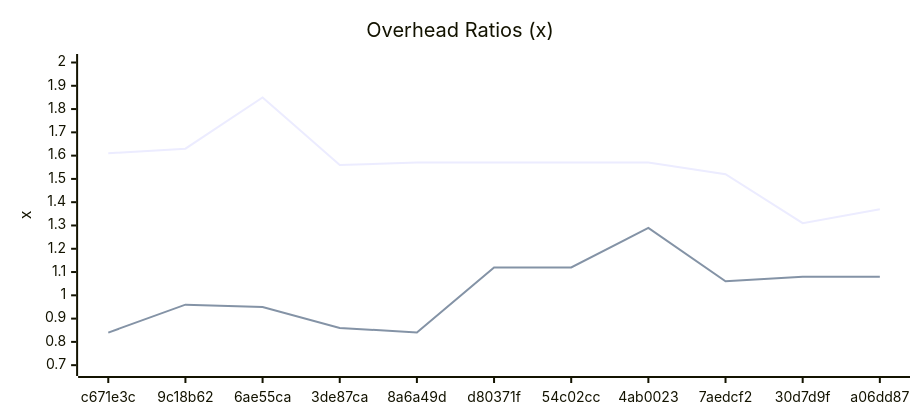
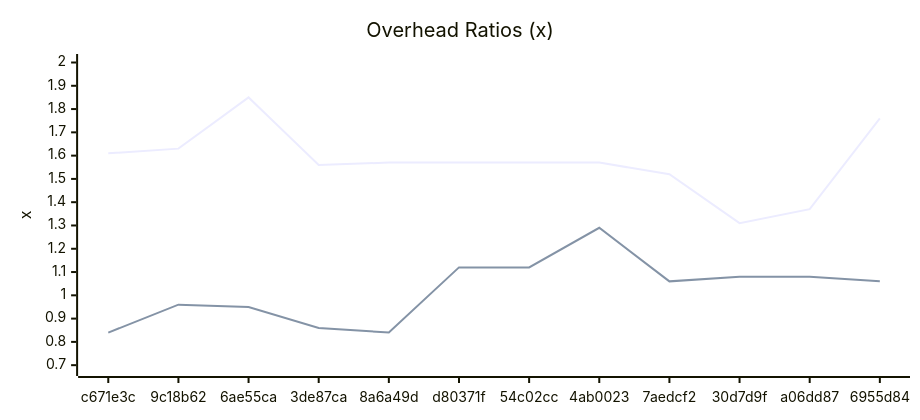
Before and after one commit to Ikolvi/Titan: the sixth of 6 diagrams in docs/BENCHMARKS.md, drawn with Mermaid. The commit also changed other lines of this file, not shown here.

````diff
--- a/docs/BENCHMARKS.md
+++ b/docs/BENCHMARKS.md
@@ -199,15 +200,15 @@
 ```mermaid
 ---
 config:
     xyChart:
         width: 900
         height: 400
         plotColorPalette: "#4e79a7, #f28e2c, #e15759, #76b7b2, #59a14f, #edc949"
 ---
 xychart-beta
     title "Overhead Ratios (x)"
-    x-axis ["c671e3c", "9c18b62", "6ae55ca", "3de87ca", "8a6a49d", "d80371f", "54c02cc", "4ab0023", "7aedcf2", "30d7d9f", "a06dd87"]
+    x-axis ["c671e3c", "9c18b62", "6ae55ca", "3de87ca", "8a6a49d", "d80371f", "54c02cc", "4ab0023", "7aedcf2", "30d7d9f", "a06dd87", "6955d84"]
     y-axis "x" 0.69 --> 2.00
-    line [1.61, 1.63, 1.85, 1.56, 1.57, 1.57, 1.57, 1.57, 1.52, 1.31, 1.37]
-    line [0.84, 0.96, 0.95, 0.86, 0.84, 1.12, 1.12, 1.29, 1.06, 1.08, 1.08]
+    line [1.61, 1.63, 1.85, 1.56, 1.57, 1.57, 1.57, 1.57, 1.52, 1.31, 1.37, 1.76]
+    line [0.84, 0.96, 0.95, 0.86, 0.84, 1.12, 1.12, 1.29, 1.06, 1.08, 1.08, 1.06]
 ```
````
